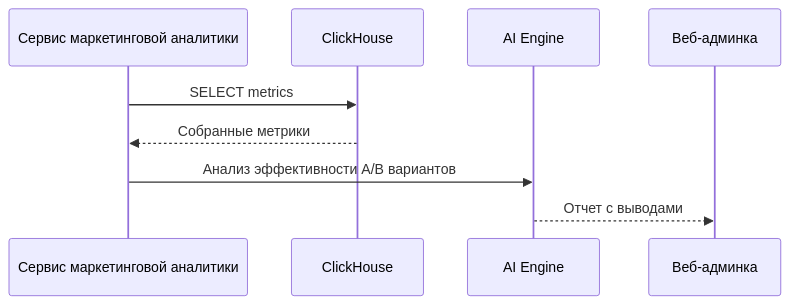
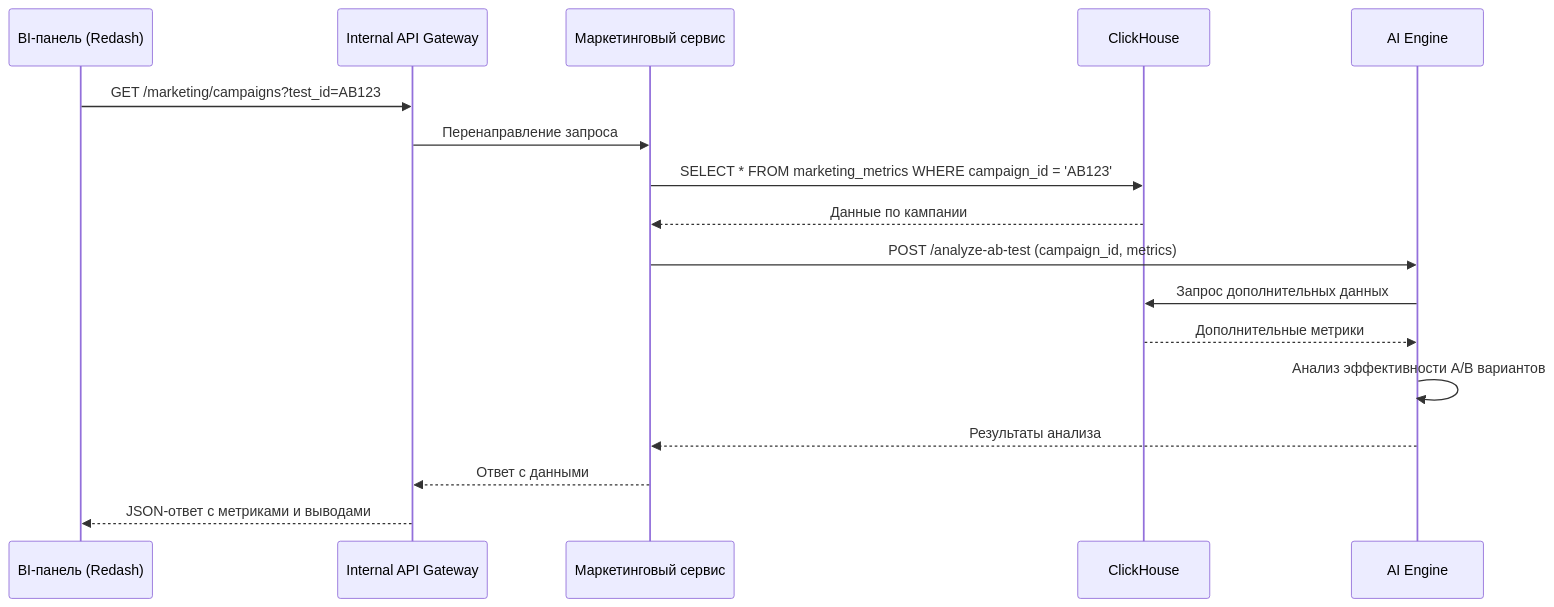
The diagram in architecture/application-usage-scenarios/ab-testing.md (andreyantropov/architect-coursework), drawn with Mermaid before and after one commit. The commit also changed other lines of this file and 17 other files, not shown here.

````diff
--- a/architecture/application-usage-scenarios/ab-testing.md
+++ b/architecture/application-usage-scenarios/ab-testing.md
@@ -3,12 +3,20 @@
 ```mermaid
 sequenceDiagram
-    participant MK as Сервис маркетинговой аналитики
+    participant UI as BI-панель (Redash)
+    participant GW as Internal API Gateway
+    participant MK as Маркетинговый сервис
     participant DB as ClickHouse
-    participant A as AI Engine
-    participant UI as Веб-админка
+    participant AI as AI Engine
 
-    MK->>DB: SELECT metrics
-    DB-->>MK: Собранные метрики
-    MK->>A: Анализ эффективности A/B вариантов
-    A-->>UI: Отчет с выводами
+    UI->>GW: GET /marketing/campaigns?test_id=AB123
+    GW->>MK: Перенаправление запроса
+    MK->>DB: SELECT * FROM marketing_metrics WHERE campaign_id = 'AB123'
+    DB-->>MK: Данные по кампании
+    MK->>AI: POST /analyze-ab-test (campaign_id, metrics)
+    AI->>DB: Запрос дополнительных данных
+    DB-->>AI: Дополнительные метрики
+    AI->>AI: Анализ эффективности A/B вариантов
+    AI-->>MK: Результаты анализа
+    MK-->>GW: Ответ с данными
+    GW-->>UI: JSON-ответ с метриками и выводами
 ```
````
